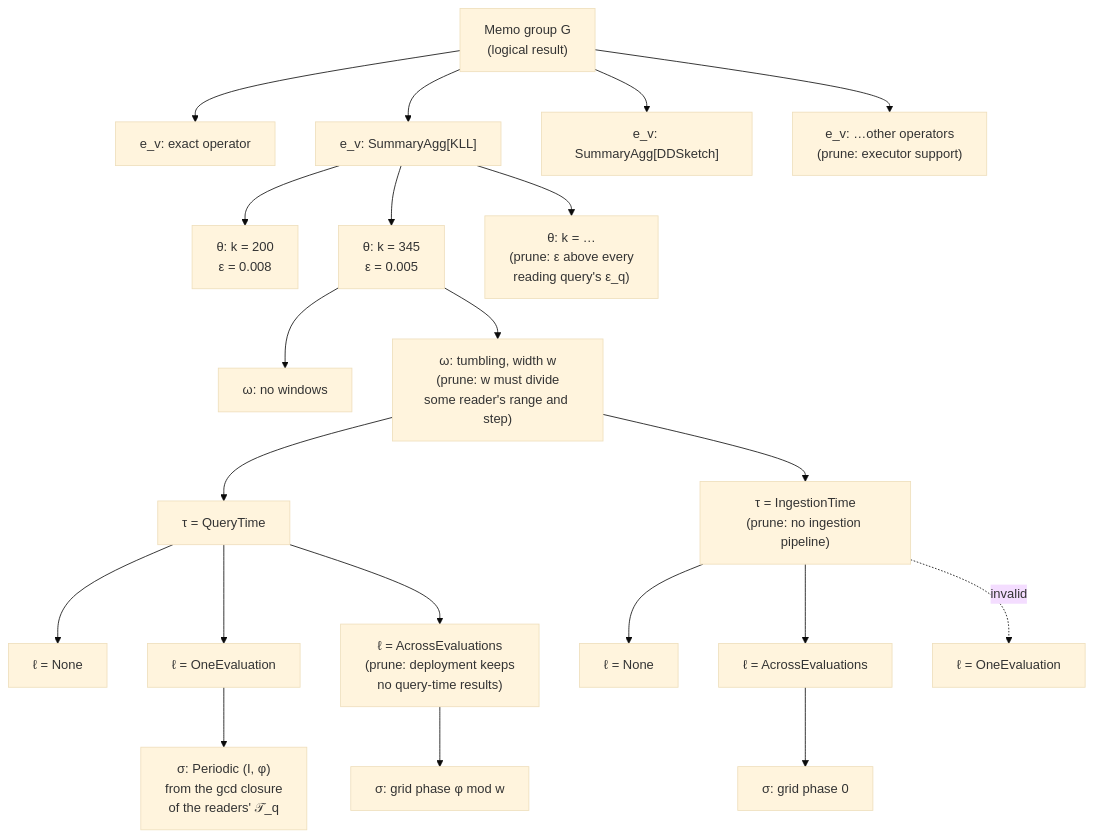
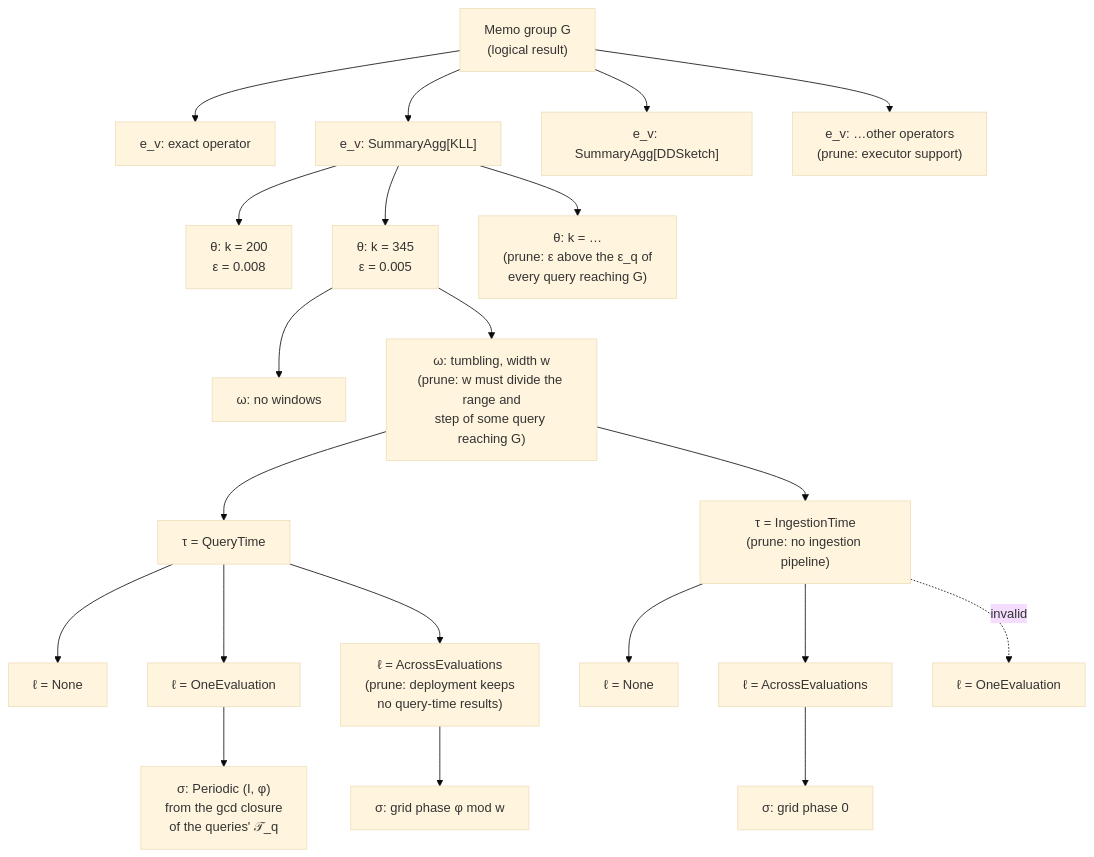
The diagram in docs/design_docs/concepts/memo-groups-properties-requirements.md (ProjectASAP/ASAPPlanner), drawn with Mermaid (base theme) before and after one commit. The commit also changed other lines of this file, not shown here.

Commit message:
docs(concepts): consumer and query/context instead of reader; PhysicalRequirement.consumer_{timing,schedule}

````diff
--- a/docs/design_docs/concepts/memo-groups-properties-requirements.md
+++ b/docs/design_docs/concepts/memo-groups-properties-requirements.md
@@ -162,28 +162,28 @@
 ```mermaid
 flowchart TD
     G["Memo group G<br/>(logical result)"] --> R1["e_v: exact operator"]
     G --> R2["e_v: SummaryAgg[KLL]"]
     G --> R3["e_v: SummaryAgg[DDSketch]"]
     G --> R4["e_v: …other operators<br/>(prune: executor support)"]
 
     R2 --> T1["θ: k = 200<br/>ε = 0.008"]
     R2 --> T2["θ: k = 345<br/>ε = 0.005"]
-    R2 --> T3["θ: k = …<br/>(prune: ε above every<br/>reading query's ε_q)"]
+    R2 --> T3["θ: k = …<br/>(prune: ε above the ε_q of<br/>every query reaching G)"]
 
     T2 --> W1["ω: no windows"]
-    T2 --> W2["ω: tumbling, width w<br/>(prune: w must divide<br/>some reader's range and step)"]
+    T2 --> W2["ω: tumbling, width w<br/>(prune: w must divide the range and<br/>step of some query reaching G)"]
 
     W2 --> P1["τ = QueryTime"]
     W2 --> P2["τ = IngestionTime<br/>(prune: no ingestion pipeline)"]
 
     P1 --> L1["ℓ = None"]
     P1 --> L2["ℓ = OneEvaluation"]
     P1 --> L3["ℓ = AcrossEvaluations<br/>(prune: deployment keeps<br/>no query-time results)"]
     P2 --> L4["ℓ = None"]
     P2 --> L5["ℓ = AcrossEvaluations"]
     P2 -. invalid .-> L6["ℓ = OneEvaluation"]
 
-    L2 --> S1["σ: Periodic (I, φ)<br/>from the gcd closure<br/>of the readers' 𝒯_q"]
+    L2 --> S1["σ: Periodic (I, φ)<br/>from the gcd closure<br/>of the queries' 𝒯_q"]
     L3 --> S2["σ: grid phase φ mod w"]
     L5 --> S3["σ: grid phase 0"]
 ```
````
